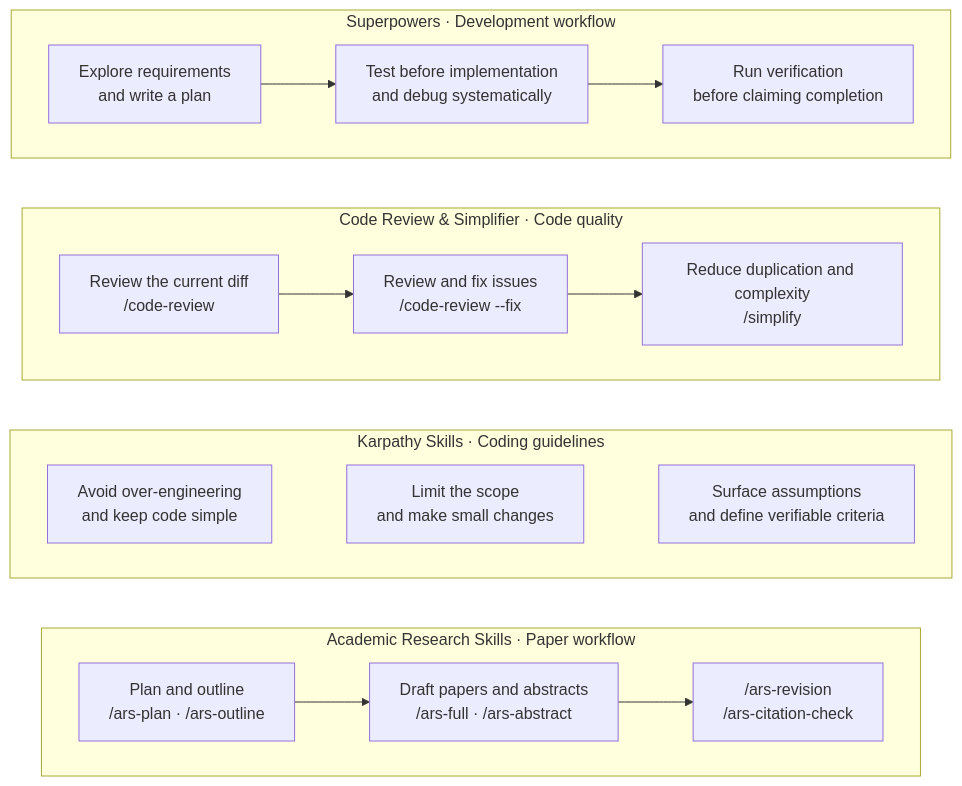
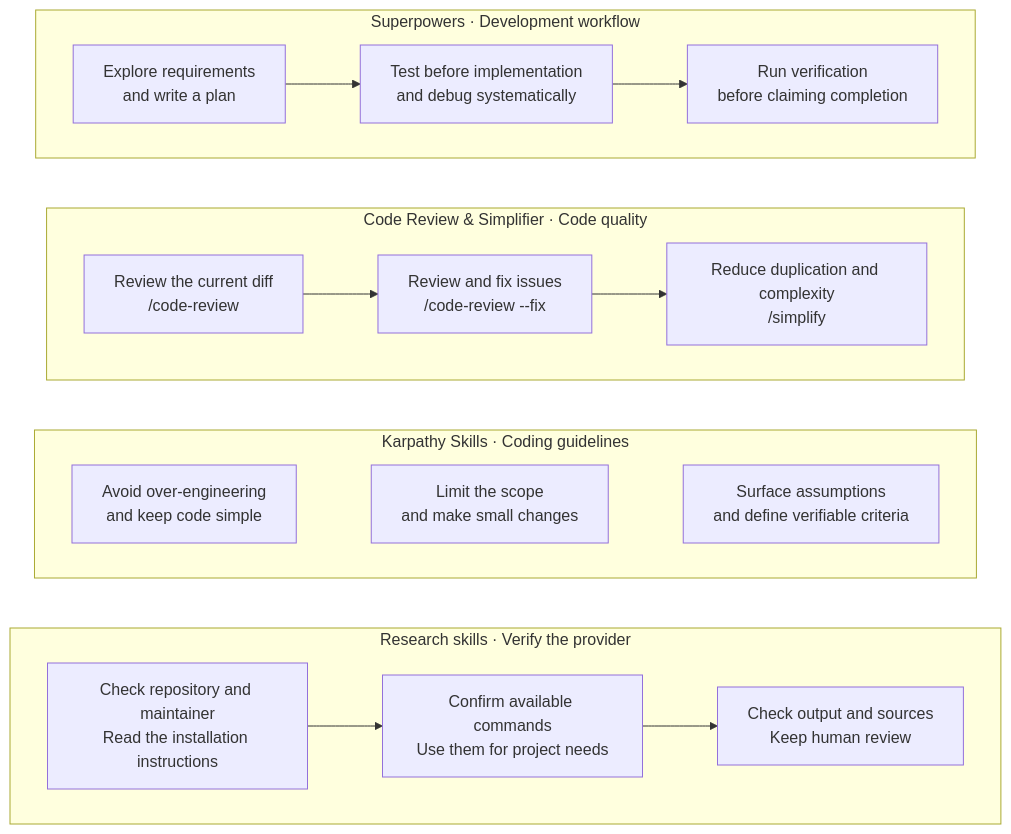
Before and after one commit to Jackie-Daddy/Lab-Tutorial: the diagram in diagrams/en/claude-code-plugins.mmd, drawn with Mermaid. The commit also changed 77 other files, not shown here.

```diff
--- a/diagrams/en/claude-code-plugins.mmd
+++ b/diagrams/en/claude-code-plugins.mmd
@@ -1,32 +1,32 @@
 flowchart TB
-  accTitle: Four Claude Code Plugin and Skill Groups in the Tutorial
-  accDescr: Superpowers organizes design, implementation, and verification. Code Review and Simplifier inspect and simplify code. Karpathy Skills emphasize small changes and explicit assumptions. Academic Research Skills support planning, writing, revision, and citation checking.
+  accTitle: Claude Code built-in workflows and optional skills
+  accDescr: Superpowers organizes design, implementation, and verification. Code Review and Simplifier inspect and simplify code. Karpathy Skills emphasize small changes and explicit assumptions. Research skills require checking each plugin and its commands; there is no universal ars command set.
   subgraph workflow["Superpowers · Development workflow"]
     direction LR
     design["Explore requirements<br/>and write a plan"]
     develop["Test before implementation<br/>and debug systematically"]
     verify["Run verification<br/>before claiming completion"]
     design --> develop --> verify
   end
   subgraph quality["Code Review & Simplifier · Code quality"]
     direction LR
     review["Review the current diff<br/>/code-review"]
     fix["Review and fix issues<br/>/code-review --fix"]
     simplify["Reduce duplication and complexity<br/>/simplify"]
     review --> fix --> simplify
   end
   subgraph principles["Karpathy Skills · Coding guidelines"]
     direction LR
     simple["Avoid over-engineering<br/>and keep code simple"]
     scope["Limit the scope<br/>and make small changes"]
     explicit["Surface assumptions<br/>and define verifiable criteria"]
     simple ~~~ scope ~~~ explicit
   end
-  subgraph research["Academic Research Skills · Paper workflow"]
+  subgraph research["Research skills · Verify the provider"]
     direction LR
-    plan["Plan and outline<br/>/ars-plan · /ars-outline"]
-    write["Draft papers and abstracts<br/>/ars-full · /ars-abstract"]
-    revise["/ars-revision<br/>/ars-citation-check"]
+    plan["Check repository and maintainer<br/>Read the installation instructions"]
+    write["Confirm available commands<br/>Use them for project needs"]
+    revise["Check output and sources<br/>Keep human review"]
     plan --> write --> revise
   end
   workflow ~~~ quality ~~~ principles ~~~ research
```
